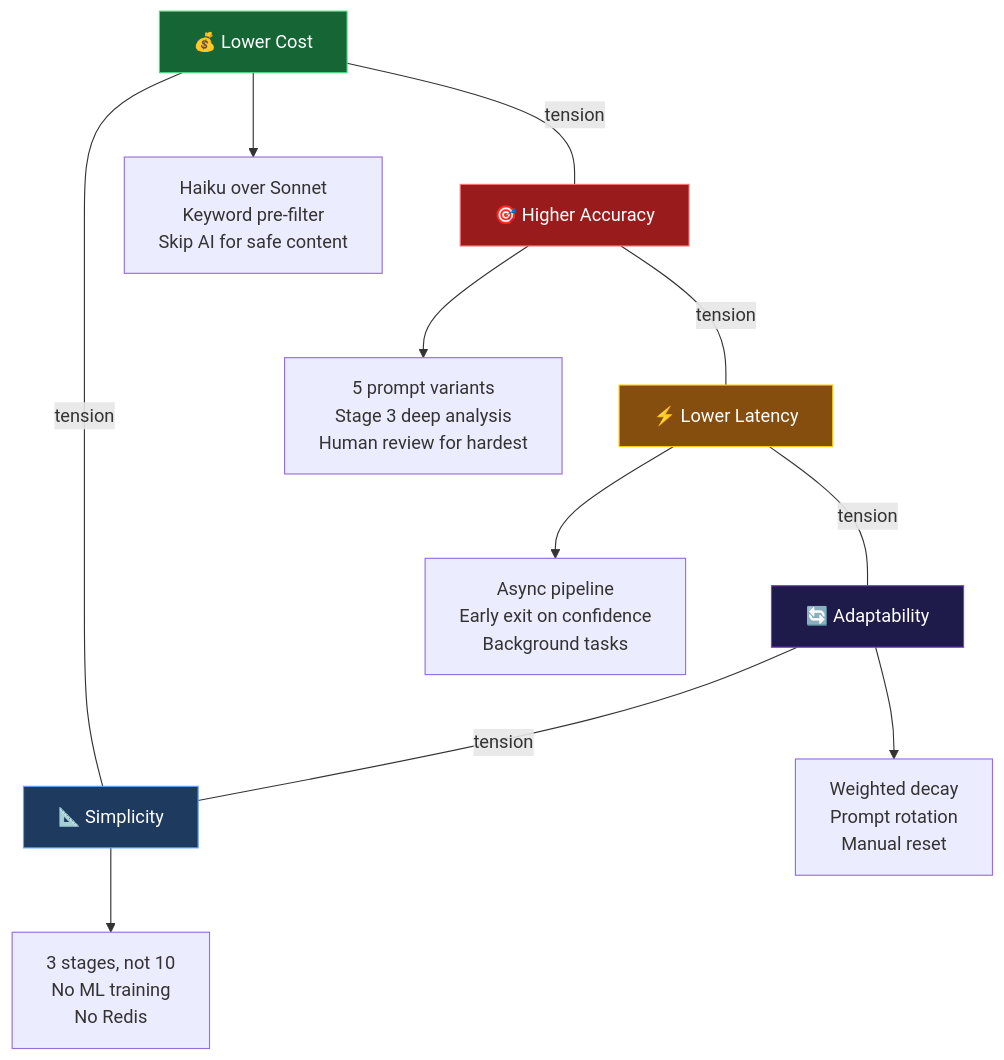
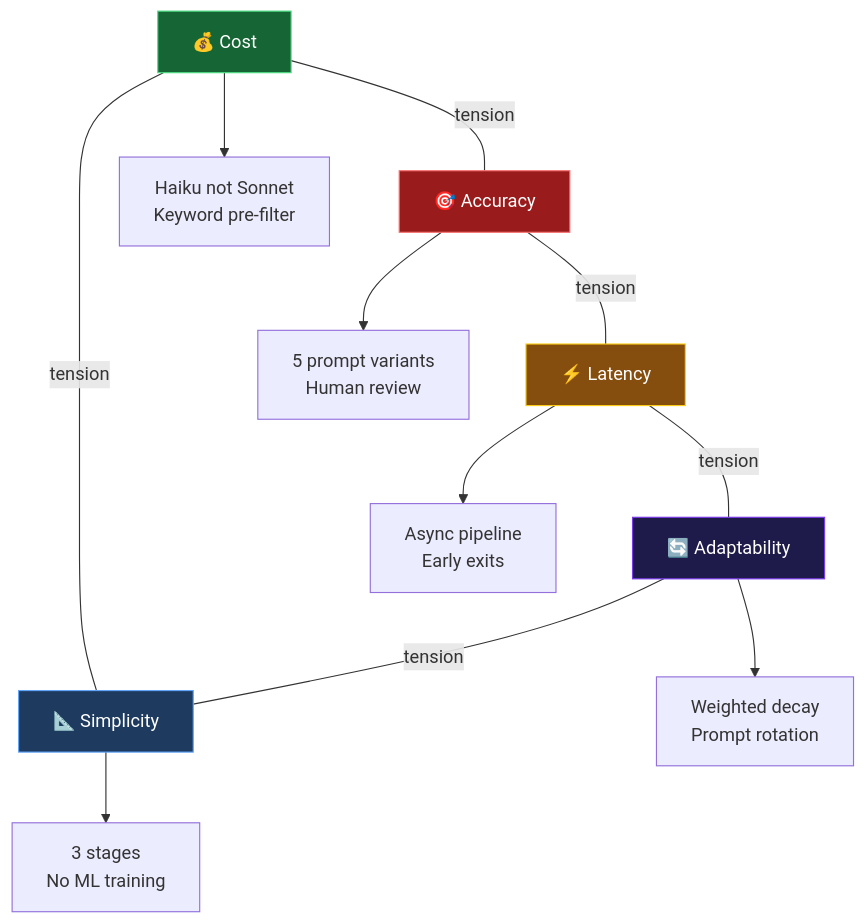
One commit to zainulhassan815/nextjs-fastapi-starter changed diagram 11 of 12 in presentation.qmd. Above: the diagram before and after it, drawn with Mermaid. The commit also changed other lines of this file and 3 other files, not shown here.

````diff
--- a/presentation.qmd
+++ b/presentation.qmd
@@ -807,21 +755,22 @@
 ```{mermaid}
-%%| fig-width: 11
+%%| fig-width: 10
+%%| fig-height: 4
 flowchart TD
-    COST["💰 Lower Cost"] ---|"tension"| ACC["🎯 Higher Accuracy"]
-    ACC ---|"tension"| SPEED["⚡ Lower Latency"]
+    COST["💰 Cost"] ---|"tension"| ACC["🎯 Accuracy"]
+    ACC ---|"tension"| SPEED["⚡ Latency"]
     SPEED ---|"tension"| ADAPT["🔄 Adaptability"]
     ADAPT ---|"tension"| SIMPLE["📐 Simplicity"]
     SIMPLE ---|"tension"| COST
 
-    COST --> D1["Haiku over Sonnet\nKeyword pre-filter\nSkip AI for safe content"]
-    ACC --> D2["5 prompt variants\nStage 3 deep analysis\nHuman review for hardest"]
-    SPEED --> D3["Async pipeline\nEarly exit on confidence\nBackground tasks"]
-    ADAPT --> D4["Weighted decay\nPrompt rotation\nManual reset"]
-    SIMPLE --> D5["3 stages, not 10\nNo ML training\nNo Redis"]
+    COST --> D1["Haiku not Sonnet\nKeyword pre-filter"]
+    ACC --> D2["5 prompt variants\nHuman review"]
+    SPEED --> D3["Async pipeline\nEarly exits"]
+    ADAPT --> D4["Weighted decay\nPrompt rotation"]
+    SIMPLE --> D5["3 stages\nNo ML training"]
 
     style COST fill:#166534,stroke:#4ade80,color:#fff
     style ACC fill:#991b1b,stroke:#f87171,color:#fff
     style SPEED fill:#854d0e,stroke:#facc15,color:#fff
     style ADAPT fill:#1e1b4b,stroke:#7c3aed,color:#fff
     style SIMPLE fill:#1e3a5f,stroke:#60a5fa,color:#fff
 ```
````
